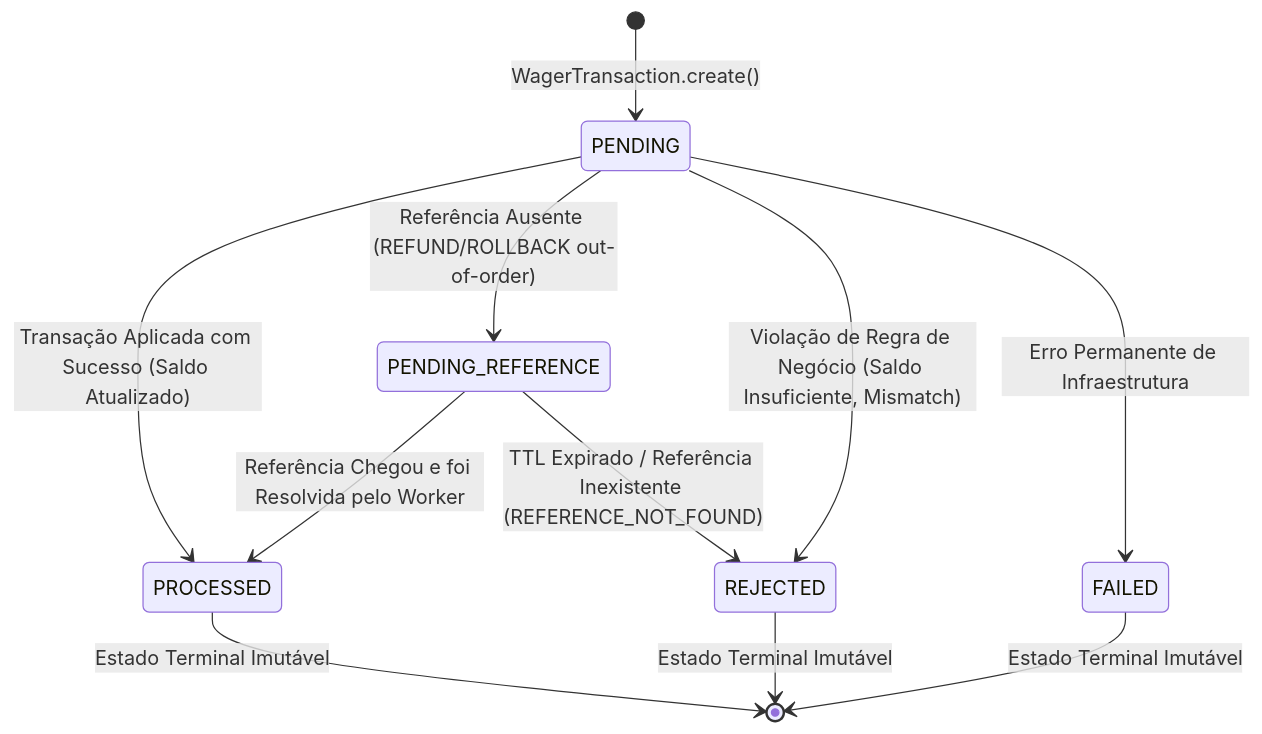
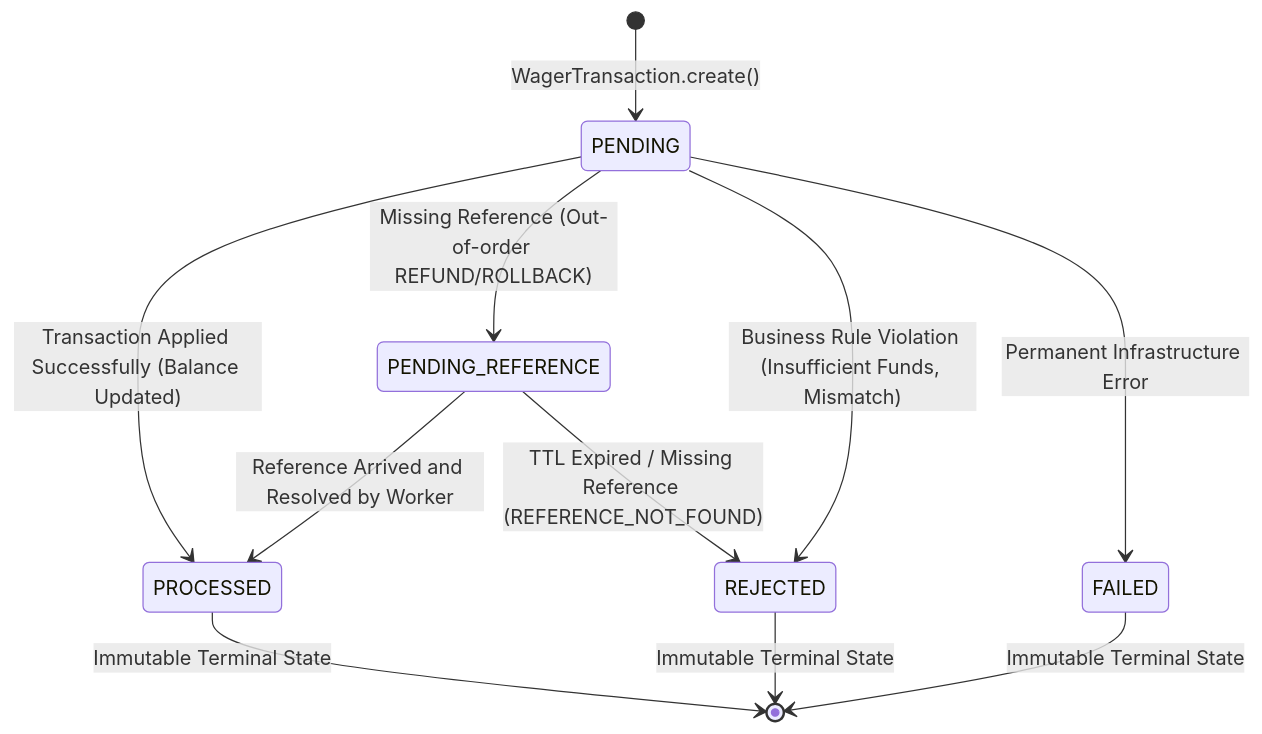
Before and after one commit to matheustheus27/DistributedWageringProcessor: the first of 2 diagrams in ARCHITECTURE.md, drawn with Mermaid. The commit also changed other lines of this file and 15 other files, not shown here.

Commit message:
docs: add architectural documentation covering system overview, messaging, concurrency, and testing guides

````diff
--- a/ARCHITECTURE.md
+++ b/ARCHITECTURE.md
@@ -62,16 +62,16 @@
 ```mermaid
 stateDiagram-v2
     [*] --> PENDING: WagerTransaction.create()
 
-    PENDING --> PROCESSED: Transação Aplicada com Sucesso (Saldo Atualizado)
-    PENDING --> PENDING_REFERENCE: Referência Ausente (REFUND/ROLLBACK out-of-order)
-    PENDING --> REJECTED: Violação de Regra de Negócio (Saldo Insuficiente, Mismatch)
-    PENDING --> FAILED: Erro Permanente de Infraestrutura
+    PENDING --> PROCESSED: Transaction Applied Successfully (Balance Updated)
+    PENDING --> PENDING_REFERENCE: Missing Reference (Out-of-order REFUND/ROLLBACK)
+    PENDING --> REJECTED: Business Rule Violation (Insufficient Funds, Mismatch)
+    PENDING --> FAILED: Permanent Infrastructure Error
 
-    PENDING_REFERENCE --> PROCESSED: Referência Chegou e foi Resolvida pelo Worker
-    PENDING_REFERENCE --> REJECTED: TTL Expirado / Referência Inexistente (REFERENCE_NOT_FOUND)
+    PENDING_REFERENCE --> PROCESSED: Reference Arrived and Resolved by Worker
+    PENDING_REFERENCE --> REJECTED: TTL Expired / Missing Reference (REFERENCE_NOT_FOUND)
 
-    PROCESSED --> [*]: Estado Terminal Imutável
-    REJECTED --> [*]: Estado Terminal Imutável
-    FAILED --> [*]: Estado Terminal Imutável
+    PROCESSED --> [*]: Immutable Terminal State
+    REJECTED --> [*]: Immutable Terminal State
+    FAILED --> [*]: Immutable Terminal State
 ```
````
